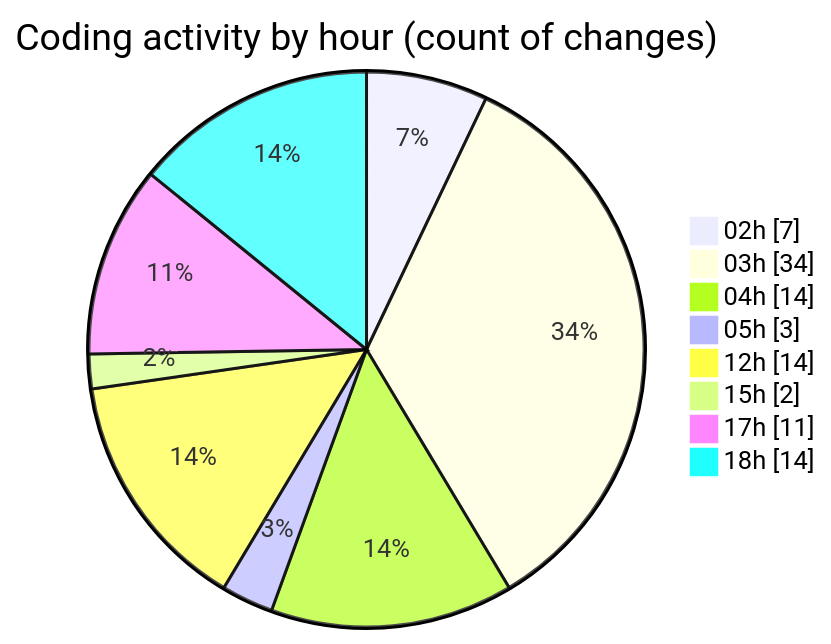
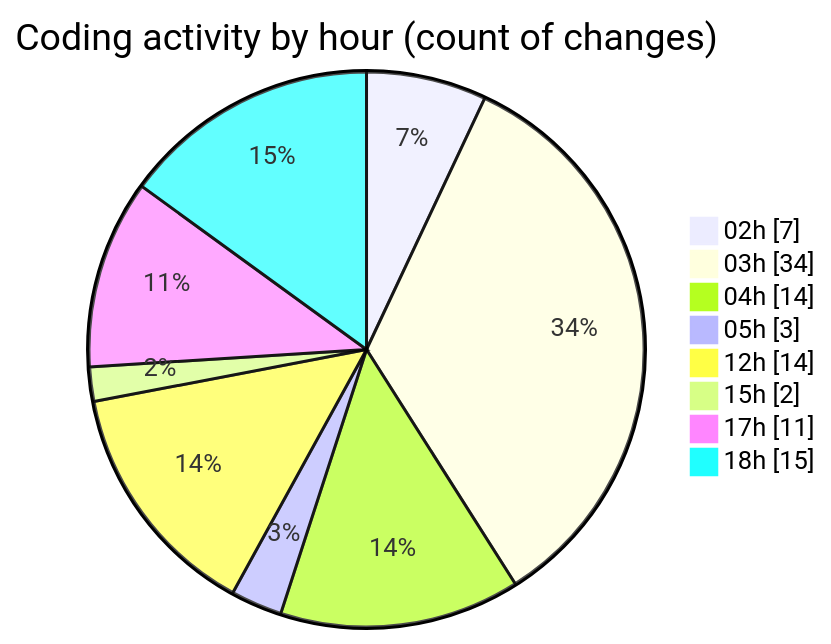
Before and after one commit to JenPaints/code-tracking: the second of 2 diagrams in 2025-05-29/kimberly-groups/README.md, drawn with Mermaid. The commit also changed other lines of this file and 1 other file, not shown here.

````diff
--- a/2025-05-29/kimberly-groups/README.md
+++ b/2025-05-29/kimberly-groups/README.md
@@ -39,12 +39,12 @@
 ```mermaid
 pie showData
 title Coding activity by hour (count of changes)
 "02h" : 7
 "03h" : 34
 "04h" : 14
 "05h" : 3
 "12h" : 14
 "15h" : 2
 "17h" : 11
-"18h" : 14
+"18h" : 15
 ```
````
